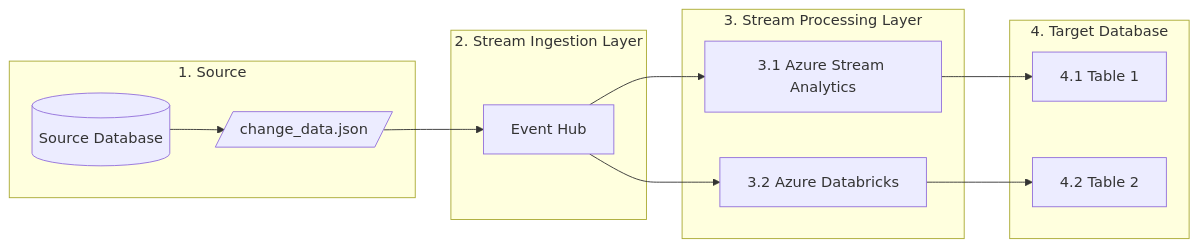
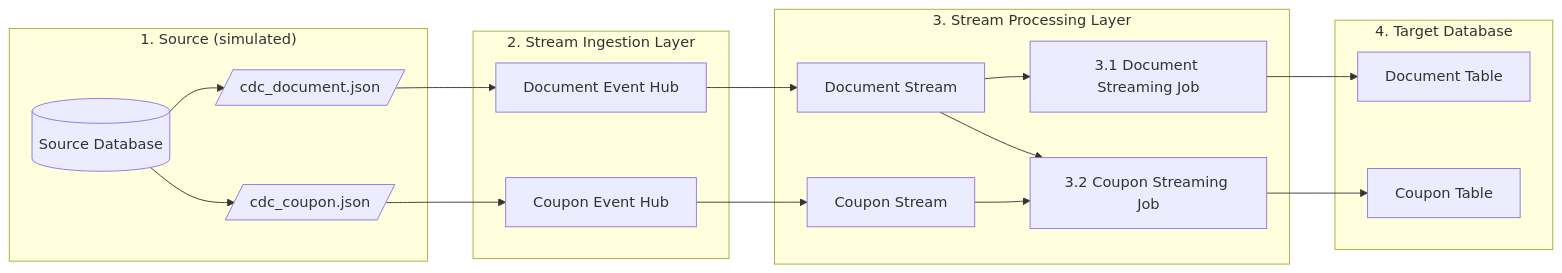
The diagram in README.md (matthewtatsch/azure-streaming-cdc-poc), drawn with Mermaid before and after one commit. The commit also changed other lines of this file, not shown here.

Commit message:
updated diagram and scenario narrative

````diff
--- a/README.md
+++ b/README.md
@@ -7,23 +6,31 @@
 ```mermaid
 flowchart LR
-    subgraph 1. Source
-        srcDB[(Source Database)]
-        cdc[/change_data.json/]
+    subgraph "1. Source (simulated)"
+        srcDB[("Source Database")]
+        docJSON[/cdc_document.json/]
+        coupJSON[/cdc_coupon.json/]
     end
     subgraph 2. Stream Ingestion Layer
-        eh[Event Hub]
+        docEH[Document Event Hub]
+        coupEH[Coupon Event Hub]
     end
     subgraph 3. Stream Processing Layer
-        asa[3.1 Azure Stream Analytics]
-        adb[3.2 Azure Databricks]
+        docStream[Document Stream]
+        coupStream[Coupon Stream]
+        docJob[3.1 Document Streaming Job]
+        coupJob[3.2 Coupon Streaming Job]  
     end
     subgraph 4. Target Database
-        asaTable[4.1 Table 1]
-        adbTable[4.2 Table 2]
+        docTable[Document Table]
+        coupTable[Coupon Table]
     end
-    srcDB --> cdc
-    cdc --> eh
-    eh --> asa & adb
-    asa --> asaTable
-    adb --> adbTable
+    srcDB --> docJSON & coupJSON
+    docJSON --> docEH
+    coupJSON --> coupEH
+    docEH --> docStream
+    coupEH --> coupStream
+    docStream --> docJob
+    docStream & coupStream --> coupJob
+    docJob --> docTable
+    coupJob --> coupTable
 ```
````
